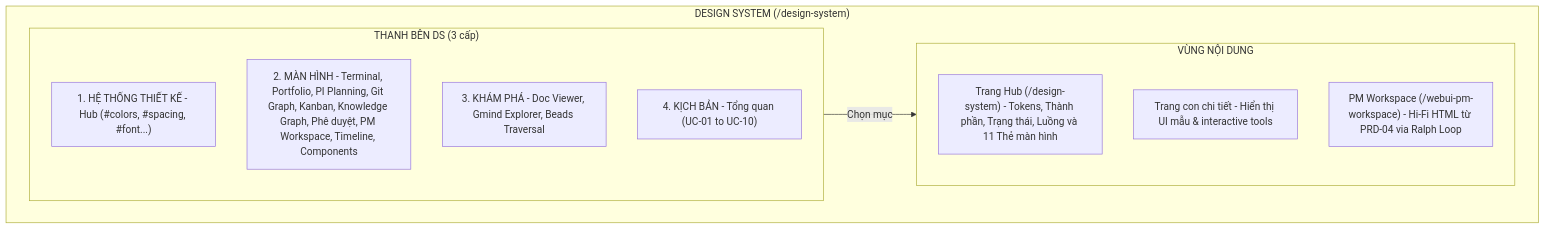
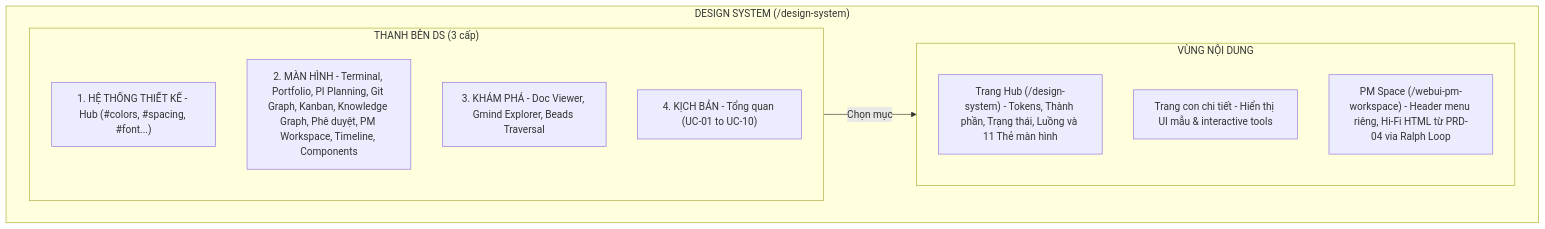
Before and after one commit to duyhunghd6/gmind: diagram 11 of 13 in docs/PRDs/apps-website/PRD-00-Website-Structure.md, drawn with Mermaid. The commit also changed other lines of this file and 5 other files, not shown here.

First line of the commit message:
feat(website): add PM Space header route

````diff
--- a/docs/PRDs/apps-website/PRD-00-Website-Structure.md
+++ b/docs/PRDs/apps-website/PRD-00-Website-Structure.md
@@ -516,19 +519,19 @@
 ```mermaid
 graph TD
     subgraph DS_Page["DESIGN SYSTEM (/design-system)"]
         subgraph DS_Sidebar["THANH BÊN DS (3 cấp)"]
             Cat1["1. HỆ THỐNG THIẾT KẾ - Hub (#colors, #spacing, #font...)"]
             Cat2["2. MÀN HÌNH - Terminal, Portfolio, PI Planning, Git Graph, Kanban, Knowledge Graph, Phê duyệt, PM Workspace, Timeline, Components"]
             Cat3["3. KHÁM PHÁ - Doc Viewer, Gmind Explorer, Beads Traversal"]
             Cat4["4. KỊCH BẢN - Tổng quan (UC-01 to UC-10)"]
         end
         
         subgraph DS_Content["VÙNG NỘI DUNG"]
             Hub["Trang Hub (/design-system) - Tokens, Thành phần, Trạng thái, Luồng và 11 Thẻ màn hình"]
             DetailPages["Trang con chi tiết - Hiển thị UI mẫu & interactive tools"]
-            PMWorkspace["PM Workspace (/webui-pm-workspace) - Hi-Fi HTML từ PRD-04 via Ralph Loop"]
+            PMWorkspace["PM Space (/webui-pm-workspace) - Header menu riêng, Hi-Fi HTML từ PRD-04 via Ralph Loop"]
         end
 
         DS_Sidebar -->|Chọn mục| DS_Content
     end
 ```
````
